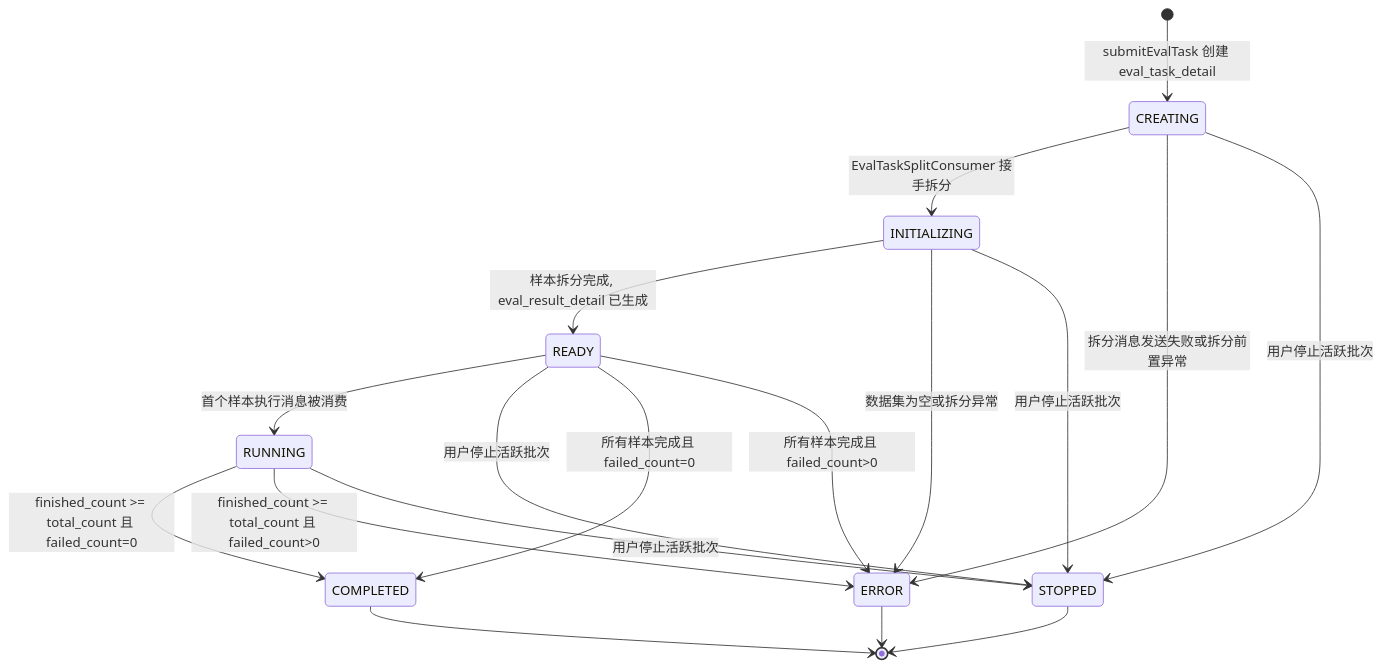
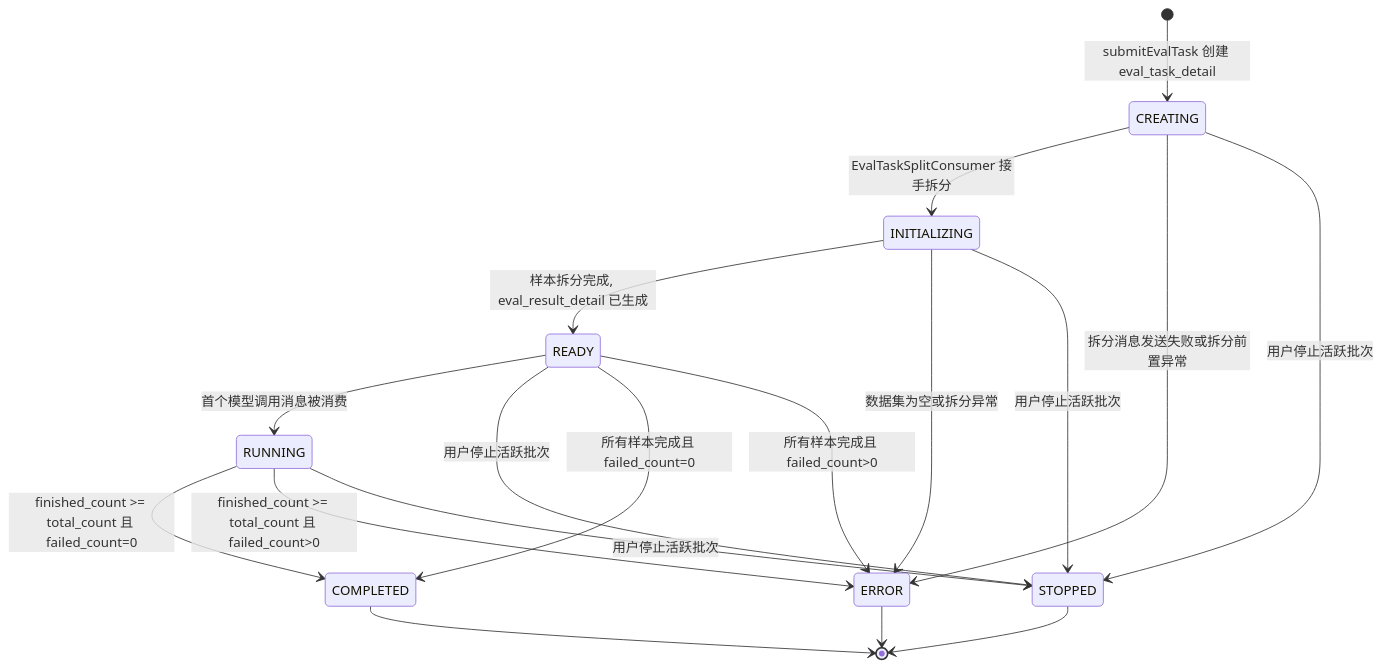
The second of 4 diagrams in doc/产品设计摘要/评测任务业务完整流程图.md (k960128/aigc-evaluate), drawn with Mermaid before and after one commit. The commit also changed other lines of this file and 1 other file, not shown here.

````diff
--- a/doc/产品设计摘要/评测任务业务完整流程图.md
+++ b/doc/产品设计摘要/评测任务业务完整流程图.md
@@ -76,25 +83,25 @@
 ```mermaid
 stateDiagram-v2
     [*] --> CREATING: submitEvalTask 创建 eval_task_detail
 
     CREATING --> INITIALIZING: EvalTaskSplitConsumer 接手拆分
     CREATING --> ERROR: 拆分消息发送失败或拆分前置异常
     CREATING --> STOPPED: 用户停止活跃批次
 
     INITIALIZING --> READY: 样本拆分完成, eval_result_detail 已生成
     INITIALIZING --> ERROR: 数据集为空或拆分异常
     INITIALIZING --> STOPPED: 用户停止活跃批次
 
-    READY --> RUNNING: 首个样本执行消息被消费
+    READY --> RUNNING: 首个模型调用消息被消费
     READY --> STOPPED: 用户停止活跃批次
     READY --> COMPLETED: 所有样本完成且 failed_count=0
     READY --> ERROR: 所有样本完成且 failed_count>0
 
     RUNNING --> COMPLETED: finished_count >= total_count 且 failed_count=0
     RUNNING --> ERROR: finished_count >= total_count 且 failed_count>0
     RUNNING --> STOPPED: 用户停止活跃批次
 
     COMPLETED --> [*]
     ERROR --> [*]
     STOPPED --> [*]
 ```
````
